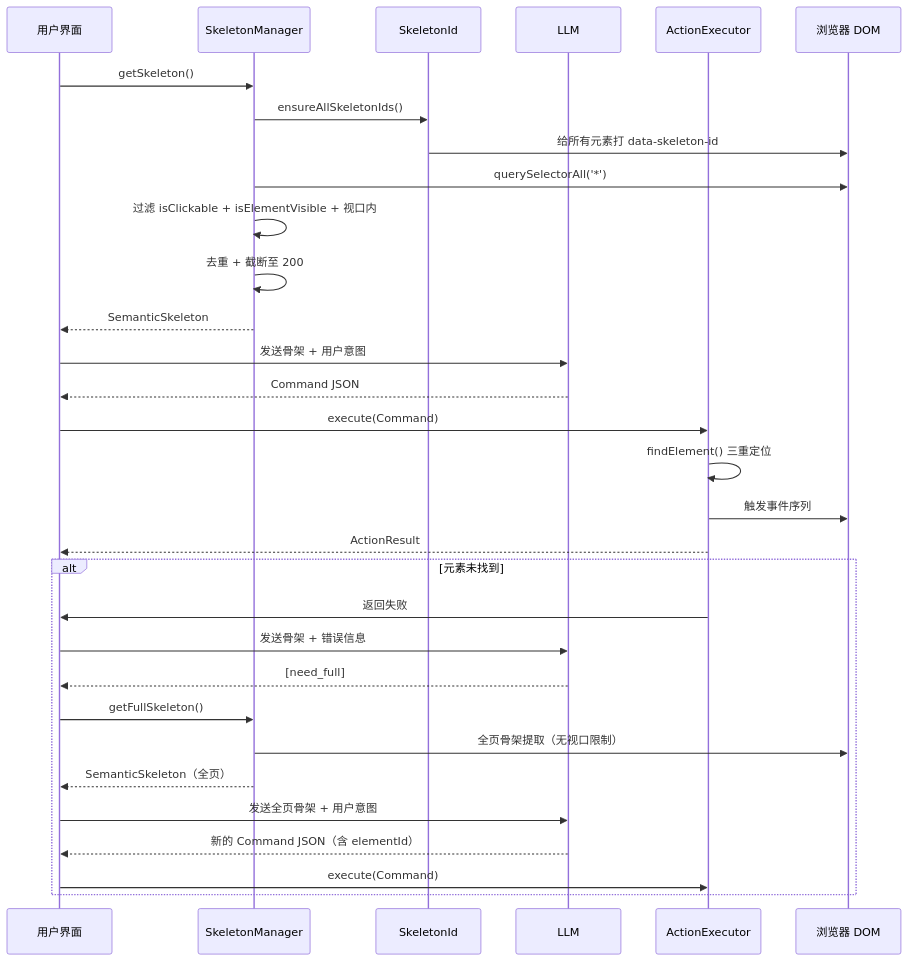
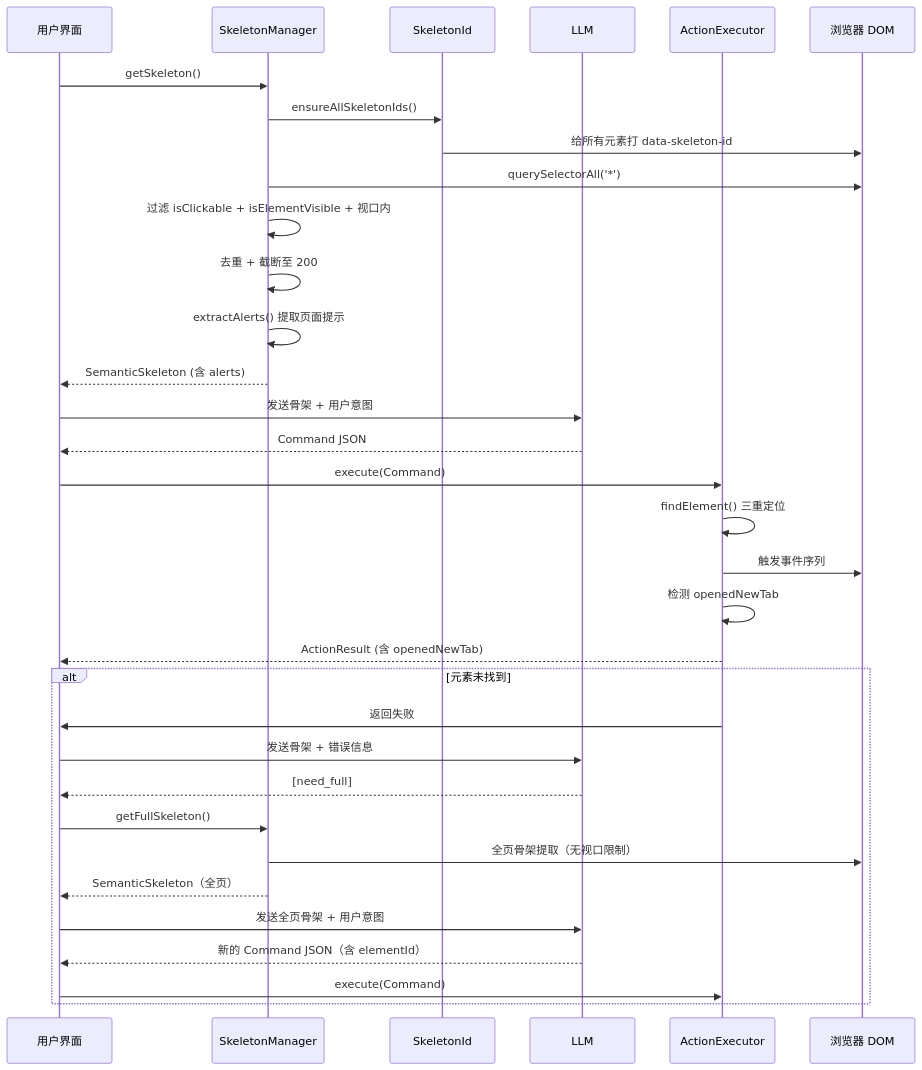
One commit to zw123zw/ai-browser changed the sixth of 6 diagrams in docs/architecture/browser-command.md. Above: the diagram before and after it, drawn with Mermaid. The commit also changed other lines of this file and 10 other files, not shown here.

````diff
--- a/docs/architecture/browser-command.md
+++ b/docs/architecture/browser-command.md
@@ -355,37 +395,39 @@
 ```mermaid
 sequenceDiagram
     participant UI as 用户界面
     participant SM as SkeletonManager
     participant SID as SkeletonId
     participant AI as LLM
     participant AE as ActionExecutor
     participant DOM as 浏览器 DOM
 
     UI->>SM: getSkeleton()
     SM->>SID: ensureAllSkeletonIds()
     SID->>DOM: 给所有元素打 data-skeleton-id
     SM->>DOM: querySelectorAll('*')
     SM->>SM: 过滤 isClickable + isElementVisible + 视口内
     SM->>SM: 去重 + 截断至 200
-    SM-->>UI: SemanticSkeleton
+    SM->>SM: extractAlerts() 提取页面提示
+    SM-->>UI: SemanticSkeleton (含 alerts)
 
     UI->>AI: 发送骨架 + 用户意图
     AI-->>UI: Command JSON
 
     UI->>AE: execute(Command)
     AE->>AE: findElement() 三重定位
     AE->>DOM: 触发事件序列
-    AE-->>UI: ActionResult
+    AE->>AE: 检测 openedNewTab
+    AE-->>UI: ActionResult (含 openedNewTab)
 
     alt 元素未找到
         AE->>UI: 返回失败
         UI->>AI: 发送骨架 + 错误信息
         AI-->>UI: [need_full]
         UI->>SM: getFullSkeleton()
         SM->>DOM: 全页骨架提取（无视口限制）
         SM-->>UI: SemanticSkeleton（全页）
         UI->>AI: 发送全页骨架 + 用户意图
         AI-->>UI: 新的 Command JSON（含 elementId）
         UI->>AE: execute(Command)
     end
 ```
````
